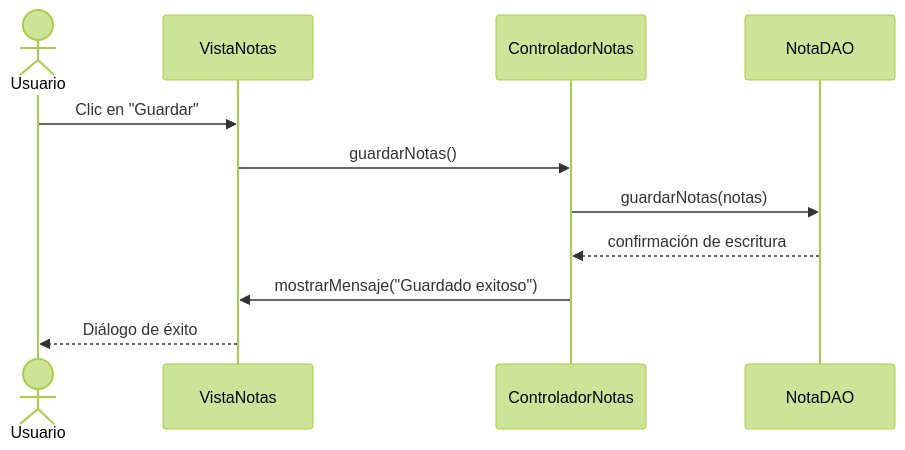
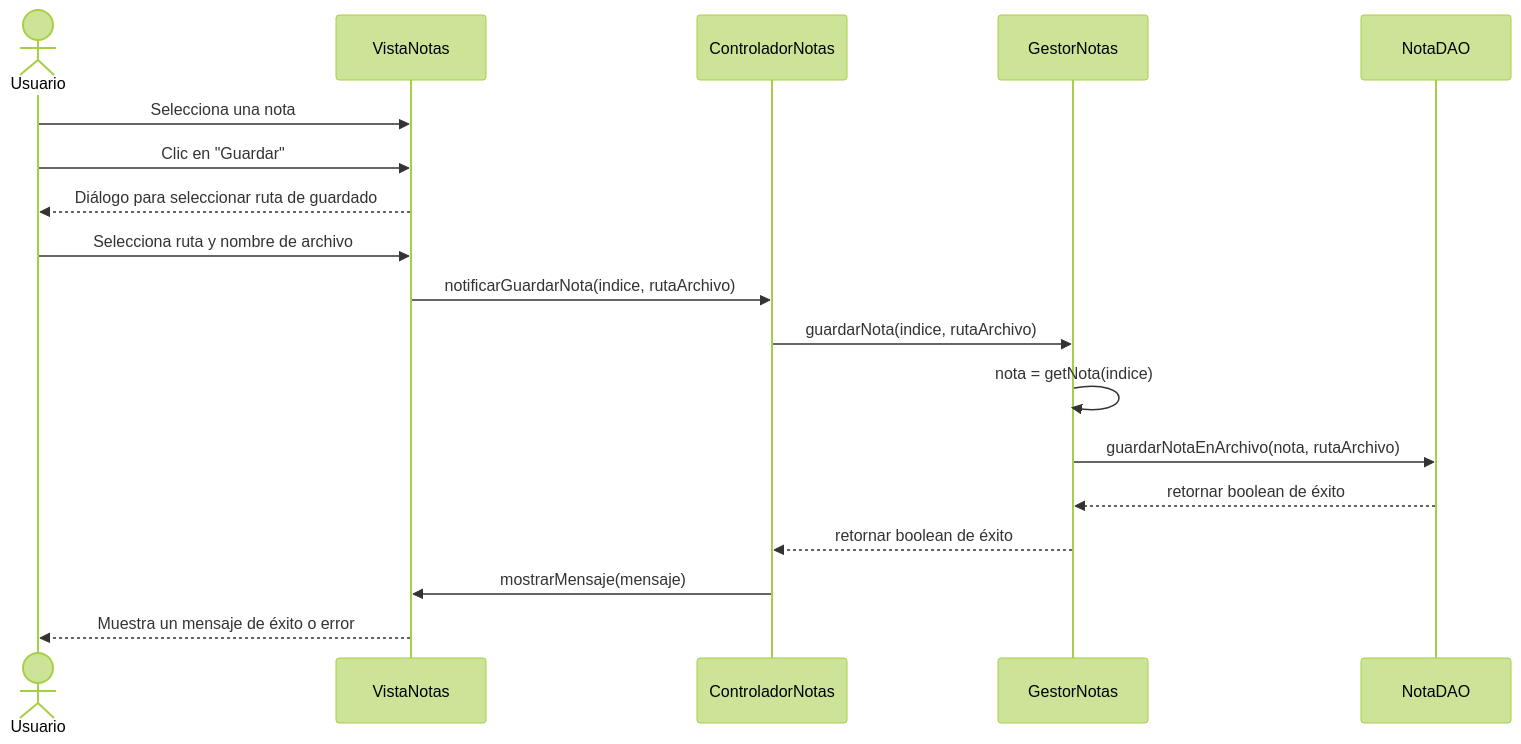
Before and after one commit to jangelmm/FlashNotes: the tenth of 12 diagrams in README.md, drawn with Mermaid (forest theme). The commit also changed other lines of this file and 12 other files, not shown here.

````diff
--- a/README.md
+++ b/README.md
@@ -419,14 +544,21 @@
 ```mermaid
 sequenceDiagram
     actor Usuario
-    participant VistaNotas as VistaNotas
+    participant Vista as VistaNotas
     participant Ctrl as ControladorNotas
+    participant Gestor as GestorNotas
     participant DAO as NotaDAO
 
-    Usuario ->> VistaNotas: Clic en "Guardar"
-    VistaNotas ->> Ctrl: guardarNotas()
-    Ctrl ->> DAO: guardarNotas(notas)
-    DAO -->> Ctrl: confirmación de escritura
-    Ctrl ->> VistaNotas: mostrarMensaje("Guardado exitoso")
-    VistaNotas -->> Usuario: Diálogo de éxito
+    Usuario ->> Vista: Selecciona una nota
+    Usuario ->> Vista: Clic en "Guardar"
+    Vista -->> Usuario: Diálogo para seleccionar ruta de guardado
+    Usuario ->> Vista: Selecciona ruta y nombre de archivo
+    Vista ->> Ctrl: notificarGuardarNota(indice, rutaArchivo)
+    Ctrl ->> Gestor: guardarNota(indice, rutaArchivo)
+    Gestor ->> Gestor: nota = getNota(indice)
+    Gestor ->> DAO: guardarNotaEnArchivo(nota, rutaArchivo)
+    DAO -->> Gestor: retornar boolean de éxito
+    Gestor -->> Ctrl: retornar boolean de éxito
+    Ctrl ->> Vista: mostrarMensaje(mensaje)
+    Vista -->> Usuario: Muestra un mensaje de éxito o error
 ```
````
